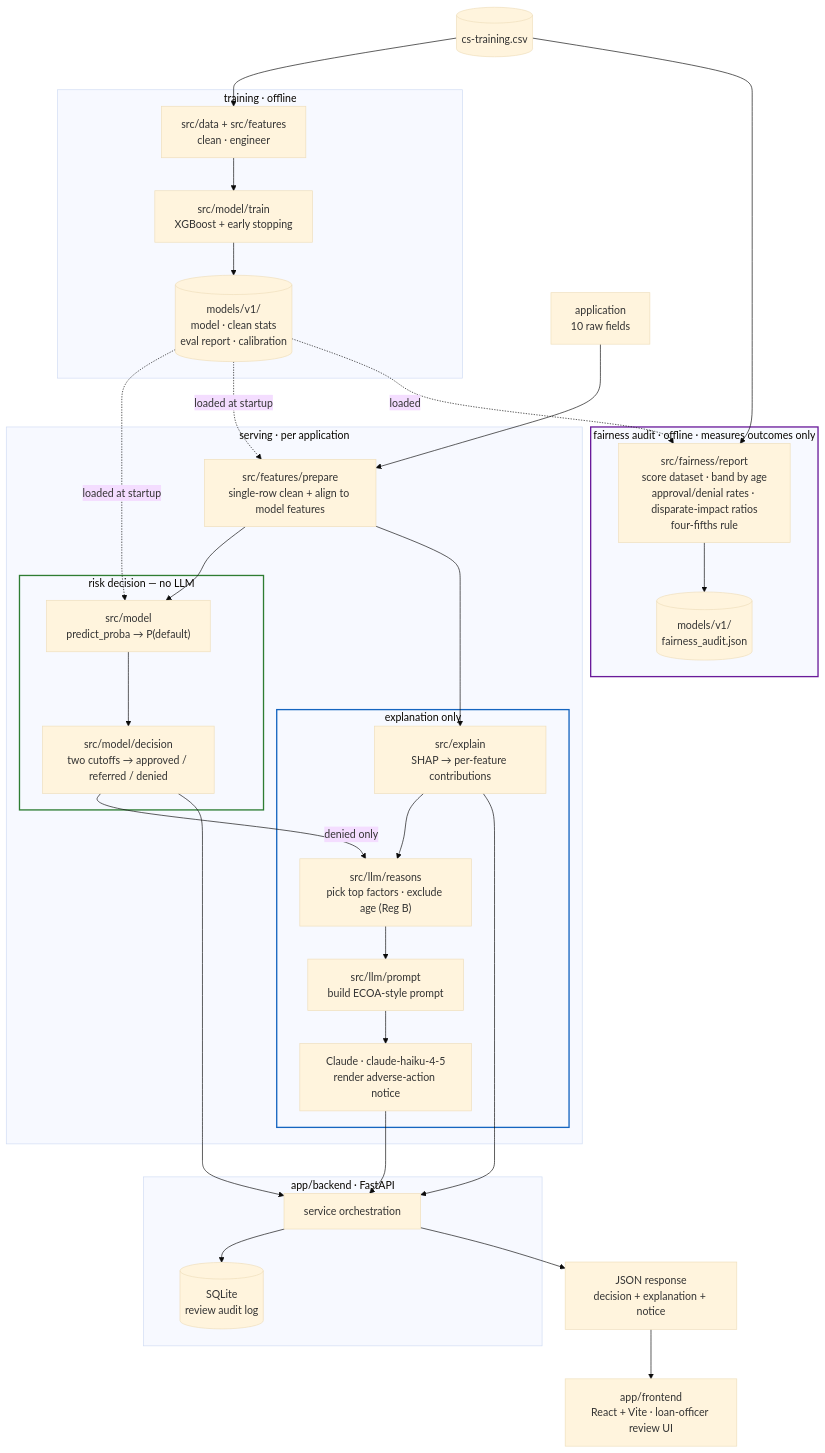
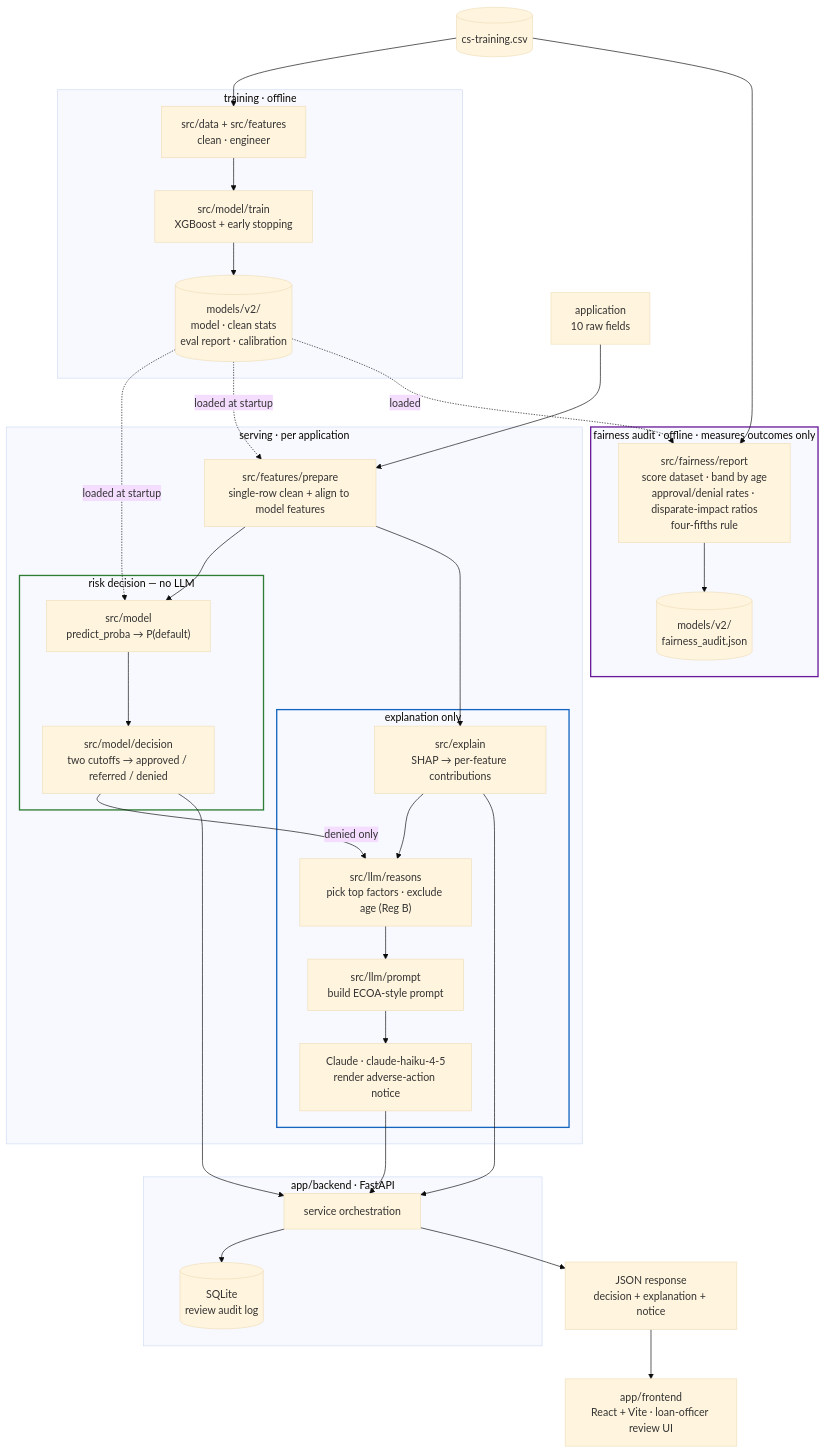
Before and after one commit to Haastastic/ai-underwriter: the diagram in README.md, drawn with Mermaid (base theme). The commit also changed other lines of this file and 14 other files, not shown here.

````diff
--- a/README.md
+++ b/README.md
@@ -24,59 +24,59 @@
 ```mermaid
 flowchart TB
     CSV[("cs-training.csv")]
     REQ["application<br/>10 raw fields"]
 
     subgraph TRAIN["training · offline"]
       D1["src/data + src/features<br/>clean · engineer"]
       D2["src/model/train<br/>XGBoost + early stopping"]
-      D1 --> D2 --> ART[("models/v1/<br/>model · clean stats<br/>eval report · calibration")]
+      D1 --> D2 --> ART[("models/v2/<br/>model · clean stats<br/>eval report · calibration")]
     end
     CSV --> D1
 
     subgraph SERVE["serving · per application"]
       PREP["src/features/prepare<br/>single-row clean + align to model features"]
 
       subgraph DEC["risk decision — no LLM"]
         M["src/model<br/>predict_proba → P(default)"]
         P["src/model/decision<br/>two cutoffs → approved / referred / denied"]
         M --> P
       end
 
       subgraph EXP["explanation only"]
         S["src/explain<br/>SHAP → per-feature contributions"]
         R["src/llm/reasons<br/>pick top factors · exclude age (Reg B)"]
         PR["src/llm/prompt<br/>build ECOA-style prompt"]
         L["Claude · claude-haiku-4-5<br/>render adverse-action notice"]
         S --> R --> PR --> L
       end
 
       PREP --> M
       PREP --> S
       P -->|"denied only"| R
     end
 
     REQ --> PREP
     ART -. loaded at startup .-> M
     ART -. loaded at startup .-> PREP
 
     subgraph API["app/backend · FastAPI"]
       O["service orchestration"] --> DB[("SQLite<br/>review audit log")]
     end
 
     P --> O
     S --> O
     L --> O
     O --> OUT["JSON response<br/>decision + explanation + notice"]
     OUT --> FE["app/frontend<br/>React + Vite · loan-officer review UI"]
 
     subgraph AUDIT["fairness audit · offline · measures outcomes only"]
       FA["src/fairness/report<br/>score dataset · band by age<br/>approval/denial rates · disparate-impact ratios<br/>four-fifths rule"]
-      FA --> FR[("models/v1/<br/>fairness_audit.json")]
+      FA --> FR[("models/v2/<br/>fairness_audit.json")]
     end
     CSV --> FA
     ART -. loaded .-> FA
 
     style DEC stroke:#2e7d32,stroke-width:2px
     style EXP stroke:#1565c0,stroke-width:2px
     style AUDIT stroke:#6a1b9a,stroke-width:2px
 ```
````
